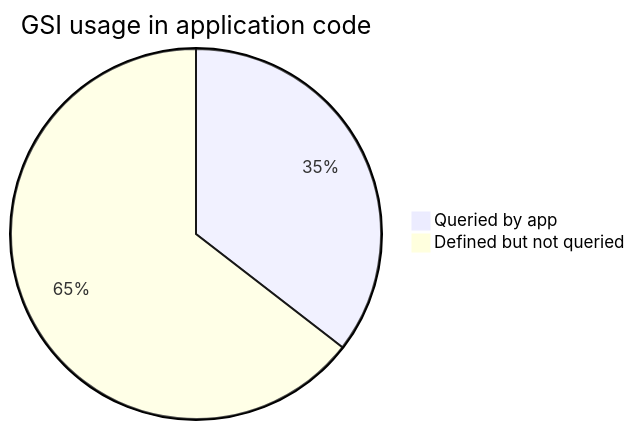
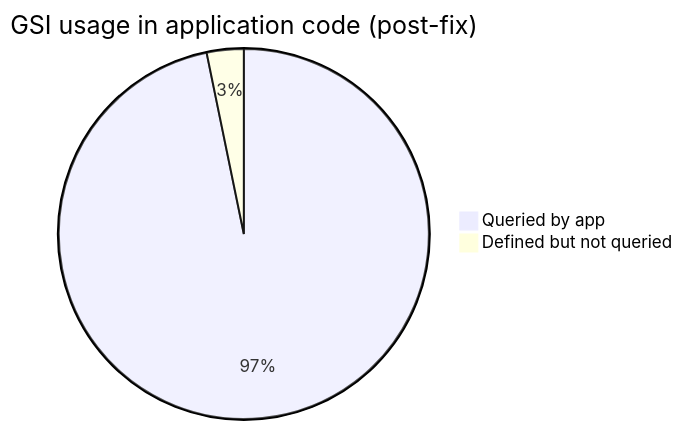
The diagram in docs/database/INDEXES.md (alphaanurag-333/wellnessDynamoDb), drawn with Mermaid before and after one commit. The commit also changed other lines of this file and 44 other files, not shown here.

````diff
--- a/docs/database/INDEXES.md
+++ b/docs/database/INDEXES.md
@@ -19,5 +21,5 @@
 ```mermaid
-pie title GSI usage in application code
-    "Queried by app" : 11
-    "Defined but not queried" : 20
+pie title GSI usage in application code (post-fix)
+    "Queried by app" : 30
+    "Defined but not queried" : 1
 ```
````
